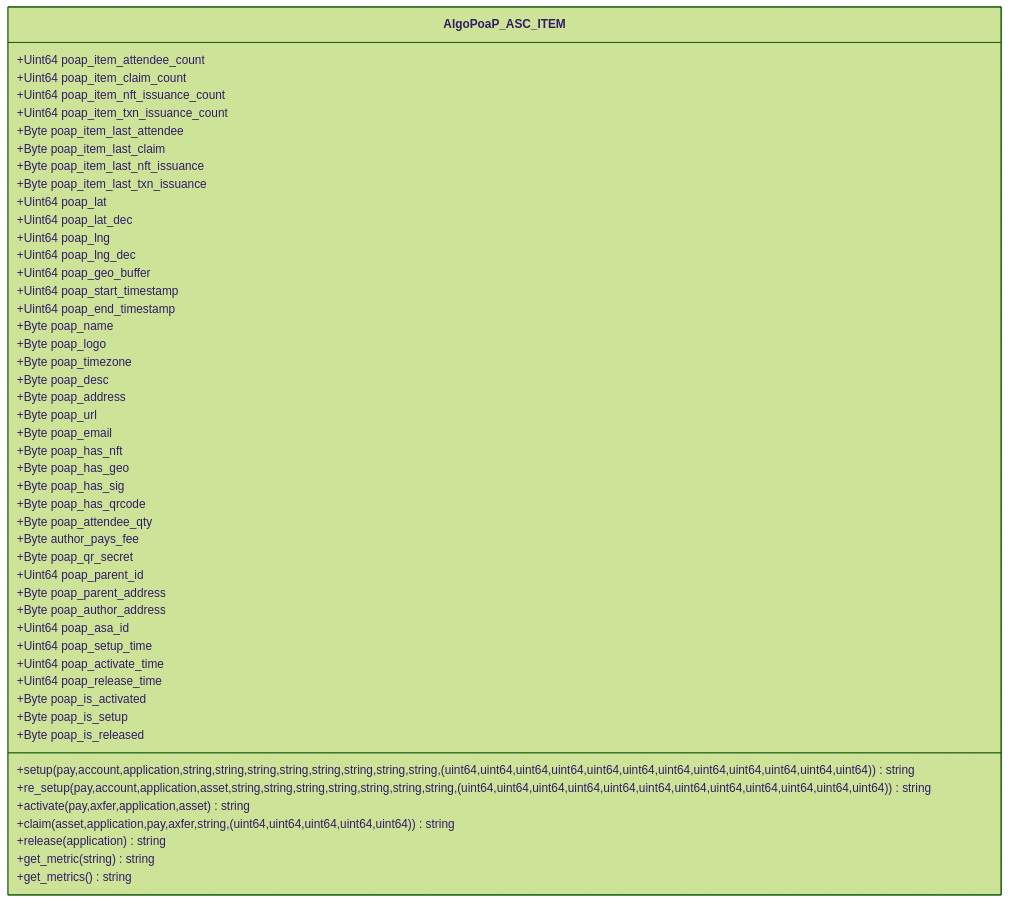
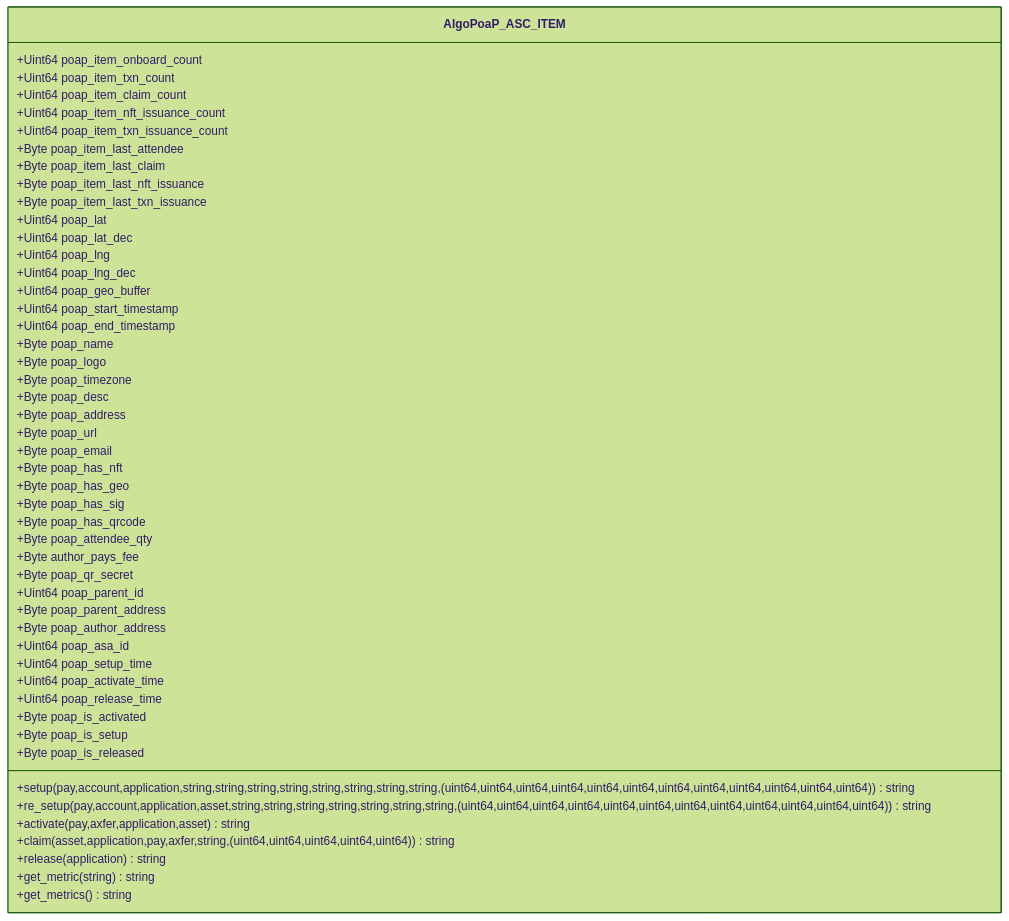
Before and after one commit to GoPlausible/.github: the tenth of 10 diagrams in profile/README.md, drawn with Mermaid (forest theme). The commit also changed other lines of this file, not shown here.

````diff
--- a/profile/README.md
+++ b/profile/README.md
@@ -672,66 +672,68 @@
 ```mermaid
   classDiagram
     class AlgoPoaP_ASC_ITEM
-    AlgoPoaP_ASC_ITEM : +Uint64 poap_item_attendee_count
+
+    AlgoPoaP_ASC_ITEM : +Uint64 poap_item_onboard_count
+    AlgoPoaP_ASC_ITEM : +Uint64 poap_item_txn_count
     AlgoPoaP_ASC_ITEM : +Uint64 poap_item_claim_count
     AlgoPoaP_ASC_ITEM : +Uint64 poap_item_nft_issuance_count
     AlgoPoaP_ASC_ITEM : +Uint64 poap_item_txn_issuance_count
   
     AlgoPoaP_ASC_ITEM : +Byte poap_item_last_attendee
     AlgoPoaP_ASC_ITEM : +Byte poap_item_last_claim
     AlgoPoaP_ASC_ITEM : +Byte poap_item_last_nft_issuance
     AlgoPoaP_ASC_ITEM : +Byte poap_item_last_txn_issuance
 
 
     AlgoPoaP_ASC_ITEM : +Uint64 poap_lat
     AlgoPoaP_ASC_ITEM : +Uint64 poap_lat_dec
     AlgoPoaP_ASC_ITEM : +Uint64 poap_lng
     AlgoPoaP_ASC_ITEM : +Uint64 poap_lng_dec
     AlgoPoaP_ASC_ITEM : +Uint64 poap_geo_buffer
     AlgoPoaP_ASC_ITEM : +Uint64 poap_start_timestamp
     AlgoPoaP_ASC_ITEM : +Uint64 poap_end_timestamp
     AlgoPoaP_ASC_ITEM : +Byte poap_name
     AlgoPoaP_ASC_ITEM : +Byte poap_logo
     AlgoPoaP_ASC_ITEM : +Byte poap_timezone
     AlgoPoaP_ASC_ITEM : +Byte poap_desc
     AlgoPoaP_ASC_ITEM : +Byte poap_address
     AlgoPoaP_ASC_ITEM : +Byte poap_url
     AlgoPoaP_ASC_ITEM : +Byte poap_email
     AlgoPoaP_ASC_ITEM : +Byte poap_has_nft
     AlgoPoaP_ASC_ITEM : +Byte poap_has_geo
     AlgoPoaP_ASC_ITEM : +Byte poap_has_sig
     AlgoPoaP_ASC_ITEM : +Byte poap_has_qrcode
     AlgoPoaP_ASC_ITEM : +Byte poap_attendee_qty
     AlgoPoaP_ASC_ITEM : +Byte author_pays_fee
     AlgoPoaP_ASC_ITEM : +Byte poap_qr_secret
 
 
     AlgoPoaP_ASC_ITEM : +Uint64 poap_parent_id
     AlgoPoaP_ASC_ITEM : +Byte poap_parent_address
     AlgoPoaP_ASC_ITEM : +Byte poap_author_address
     AlgoPoaP_ASC_ITEM : +Uint64 poap_asa_id
 
     AlgoPoaP_ASC_ITEM : +Uint64 poap_setup_time
     AlgoPoaP_ASC_ITEM : +Uint64 poap_activate_time
     AlgoPoaP_ASC_ITEM : +Uint64 poap_release_time
 
 
      AlgoPoaP_ASC_ITEM : +Byte poap_is_activated
     AlgoPoaP_ASC_ITEM : +Byte poap_is_setup
     AlgoPoaP_ASC_ITEM : +Byte poap_is_released
 
 
 
  
 
     AlgoPoaP_ASC_ITEM : +setup(pay,account,application,string,string,string,string,string,string,string,string,(uint64,uint64,uint64,uint64,uint64,uint64,uint64,uint64,uint64,uint64,uint64,uint64))string
     AlgoPoaP_ASC_ITEM : +re_setup(pay,account,application,asset,string,string,string,string,string,string,string,(uint64,uint64,uint64,uint64,uint64,uint64,uint64,uint64,uint64,uint64,uint64,uint64))string
     AlgoPoaP_ASC_ITEM : +activate(pay,axfer,application,asset)string
     AlgoPoaP_ASC_ITEM : +claim(asset,application,pay,axfer,string,(uint64,uint64,uint64,uint64,uint64))string
     AlgoPoaP_ASC_ITEM : +release(application)string
     AlgoPoaP_ASC_ITEM : +get_metric(string)string
     AlgoPoaP_ASC_ITEM : +get_metrics()string
     
   
     
 ```
````
